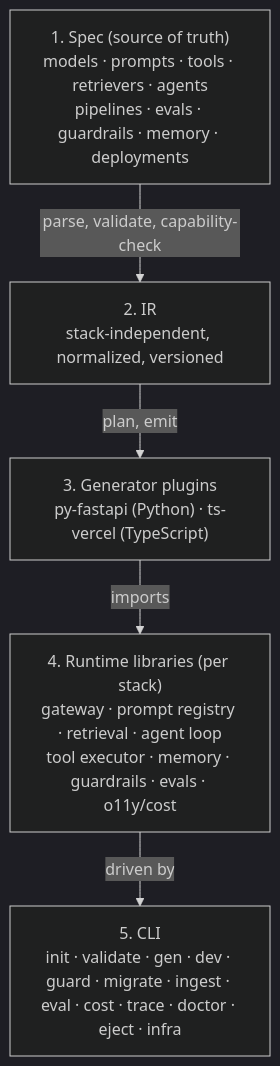
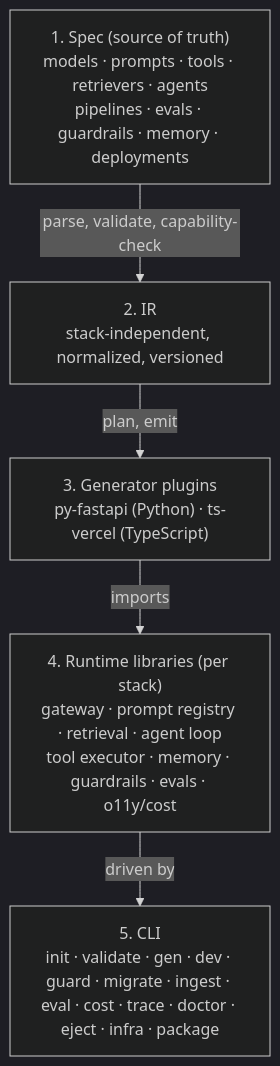
The diagram in README.md (aid-framework/aid-framework), drawn with Mermaid (dark theme) before and after one commit. The commit also changed other lines of this file and 18 other files, not shown here.

````diff
--- a/README.md
+++ b/README.md
@@ -45,12 +45,12 @@
 ```mermaid
 flowchart TD
     A["1. Spec (source of truth)<br/>models · prompts · tools · retrievers · agents<br/>pipelines · evals · guardrails · memory · deployments"]
     B["2. IR<br/>stack-independent, normalized, versioned"]
     C["3. Generator plugins<br/>py-fastapi (Python) · ts-vercel (TypeScript)"]
     D["4. Runtime libraries (per stack)<br/>gateway · prompt registry · retrieval · agent loop<br/>tool executor · memory · guardrails · evals · o11y/cost"]
-    E["5. CLI<br/>init · validate · gen · dev · guard · migrate · ingest · eval · cost · trace · doctor · eject · infra"]
+    E["5. CLI<br/>init · validate · gen · dev · guard · migrate · ingest · eval · cost · trace · doctor · eject · infra · package"]
     A -->|parse, validate, capability-check| B
     B -->|plan, emit| C
     C -->|imports| D
     D -->|driven by| E
 ```
````
